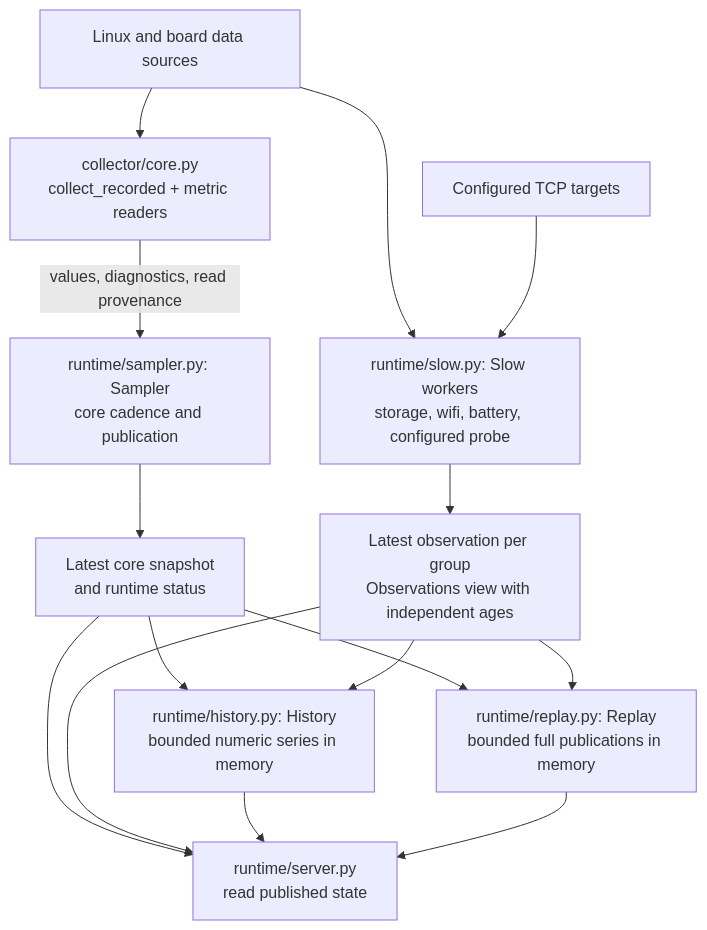
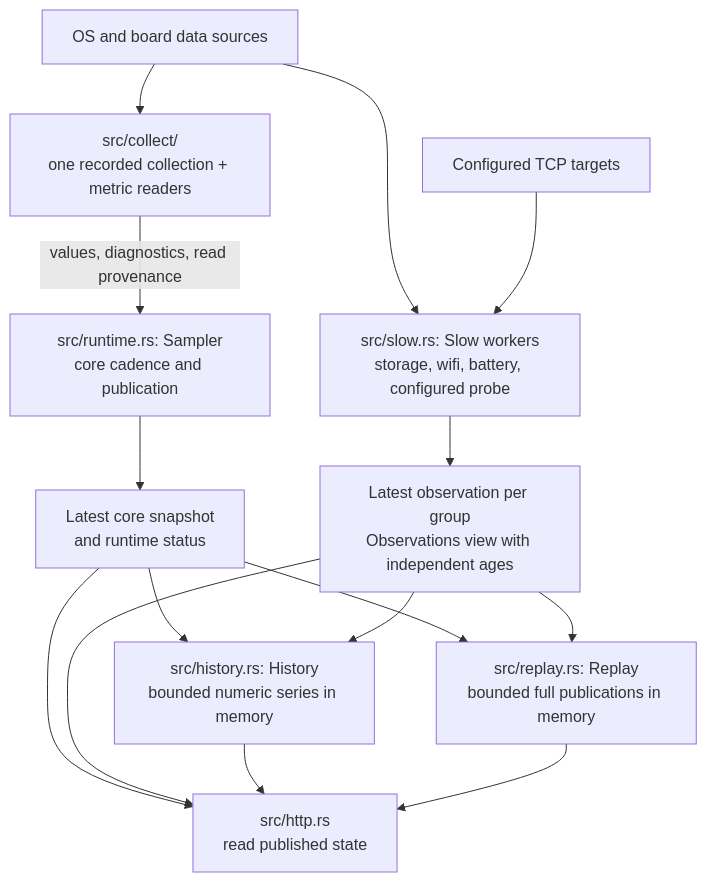
Before and after one commit to platmon/platmon: the first of 2 diagrams in docs/development/architecture.md, drawn with Mermaid. The commit also changed other lines of this file and 127 other files, not shown here.

````diff
--- a/docs/development/architecture.md
+++ b/docs/development/architecture.md
@@ -26,17 +26,17 @@
 ```mermaid
 flowchart TB
-    Sources["Linux and board data sources"] --> Core["collector/core.py<br/>collect_recorded + metric readers"]
-    Sources --> Slow["runtime/slow.py: Slow workers<br/>storage, wifi, battery, configured probe"]
+    Sources["OS and board data sources"] --> Core["src/collect/<br/>one recorded collection + metric readers"]
+    Sources --> Slow["src/slow.rs: Slow workers<br/>storage, wifi, battery, configured probe"]
     Targets["Configured TCP targets"] --> Slow
-    Core -->|"values, diagnostics, read provenance"| Sampler["runtime/sampler.py: Sampler<br/>core cadence and publication"]
+    Core -->|"values, diagnostics, read provenance"| Sampler["src/runtime.rs: Sampler<br/>core cadence and publication"]
     Sampler --> Snapshot["Latest core snapshot<br/>and runtime status"]
     Slow --> Observations["Latest observation per group<br/>Observations view with independent ages"]
-    Snapshot --> History["runtime/history.py: History<br/>bounded numeric series in memory"]
+    Snapshot --> History["src/history.rs: History<br/>bounded numeric series in memory"]
     Observations --> History
-    Snapshot --> Replay["runtime/replay.py: Replay<br/>bounded full publications in memory"]
+    Snapshot --> Replay["src/replay.rs: Replay<br/>bounded full publications in memory"]
     Observations --> Replay
-    Snapshot --> HTTP["runtime/server.py<br/>read published state"]
+    Snapshot --> HTTP["src/http.rs<br/>read published state"]
     Observations --> HTTP
     History --> HTTP
     Replay --> HTTP
 ```
````
